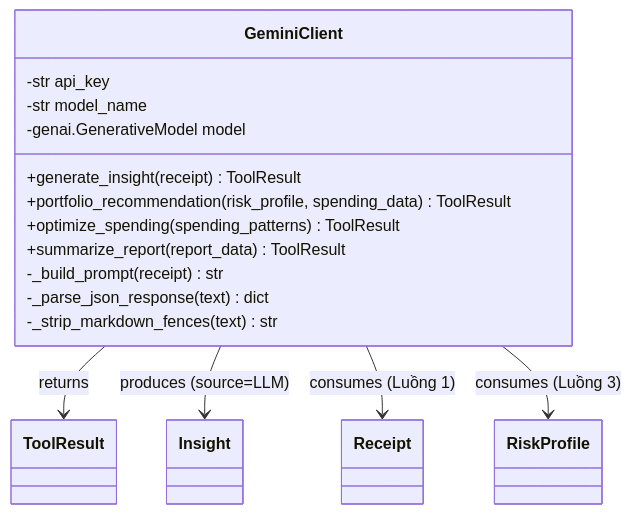
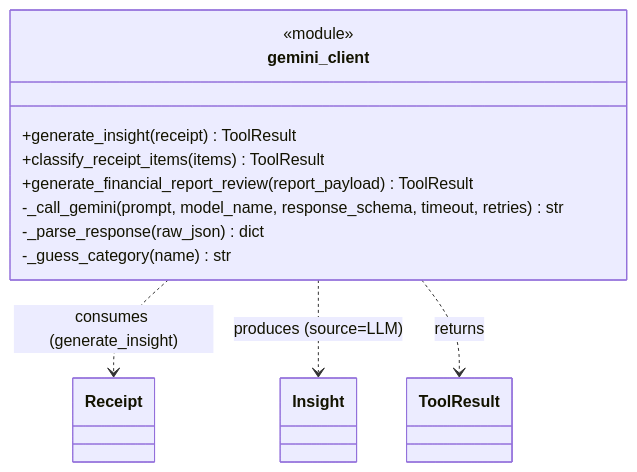
The eighth of 14 diagrams in docs/SAD.md (quanpro147/Spend-Sense-AI), drawn with Mermaid before and after one commit. The commit also changed other lines of this file, not shown here.

````diff
--- a/docs/SAD.md
+++ b/docs/SAD.md
@@ -604,20 +694,16 @@
 ```mermaid
 classDiagram
-    class GeminiClient {
-        -str api_key
-        -str model_name
-        -genai.GenerativeModel model
+    class gemini_client {
+        <<module>>
         +generate_insight(receipt) ToolResult
-        +portfolio_recommendation(risk_profile, spending_data) ToolResult
-        +optimize_spending(spending_patterns) ToolResult
-        +summarize_report(report_data) ToolResult
-        -_build_prompt(receipt) str
-        -_parse_json_response(text) dict
-        -_strip_markdown_fences(text) str
+        +classify_receipt_items(items) ToolResult
+        +generate_financial_report_review(report_payload) ToolResult
+        -_call_gemini(prompt, model_name, response_schema, timeout, retries) str
+        -_parse_response(raw_json) dict
+        -_guess_category(name) str
     }
 
-    GeminiClient --> ToolResult : returns
-    GeminiClient --> Insight : produces (source=LLM)
-    GeminiClient --> Receipt : consumes (Luồng 1)
-    GeminiClient --> RiskProfile : consumes (Luồng 3)
+    gemini_client ..> Receipt : consumes (generate_insight)
+    gemini_client ..> Insight : produces (source=LLM)
+    gemini_client ..> ToolResult : returns
 ```
````
